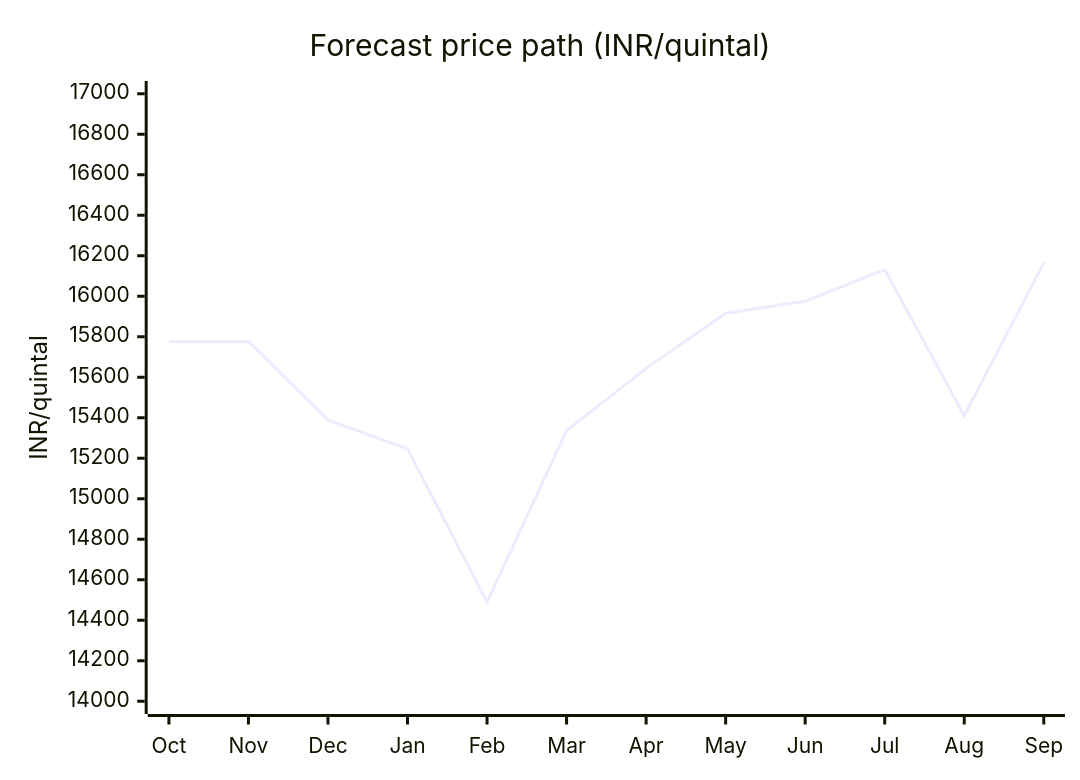
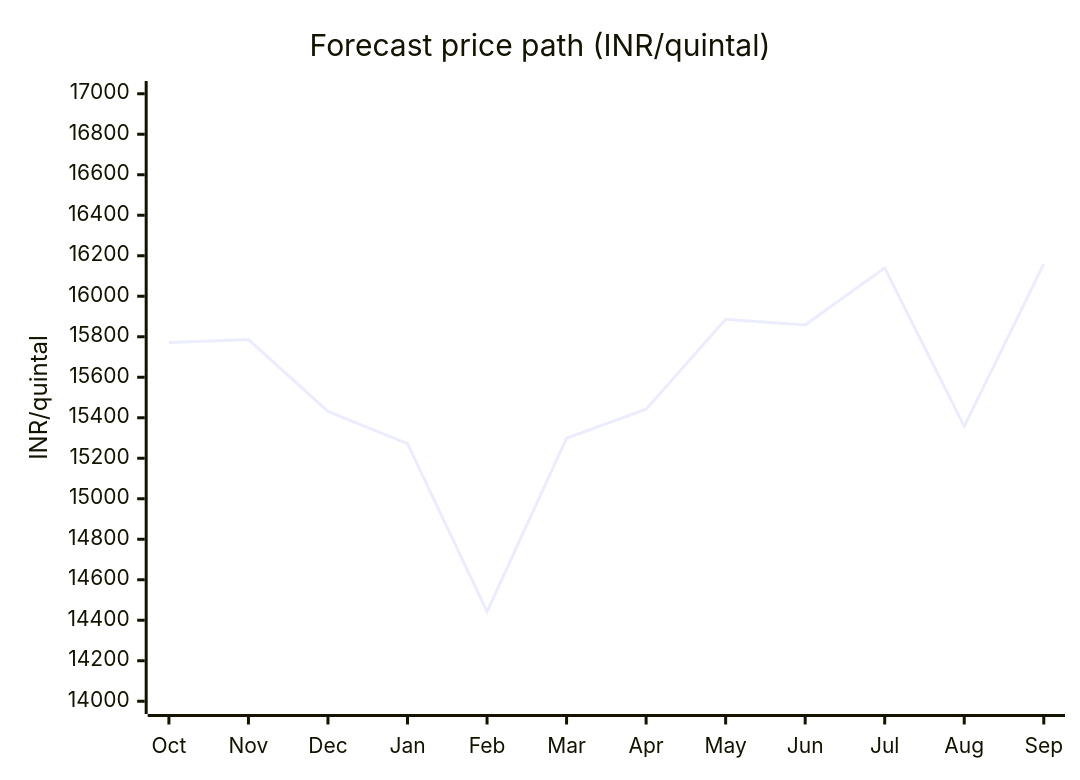
One commit to gamepatt78/way2agri-price-forecasting-engine changed the fourth of 5 diagrams in README.md. Above: the diagram before and after it, drawn with Mermaid. The commit also changed other lines of this file and 17 other files, not shown here.

````diff
--- a/README.md
+++ b/README.md
@@ -242,7 +241,7 @@
 ```mermaid
 xychart-beta
     title "Forecast price path (INR/quintal)"
     x-axis ["Oct", "Nov", "Dec", "Jan", "Feb", "Mar", "Apr", "May", "Jun", "Jul", "Aug", "Sep"]
     y-axis "INR/quintal" 14000 --> 17000
-    line [15776, 15777, 15389, 15246, 14490, 15336, 15644, 15916, 15975, 16132, 15410, 16165]
+    line [15771, 15786, 15431, 15272, 14442, 15299, 15442, 15886, 15858, 16140, 15357, 16160]
 ```
````
